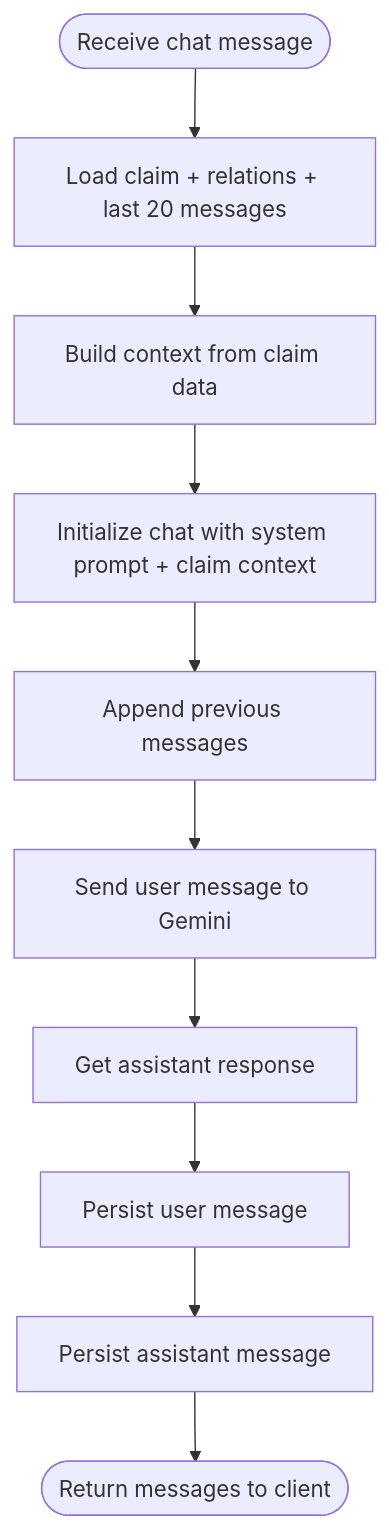
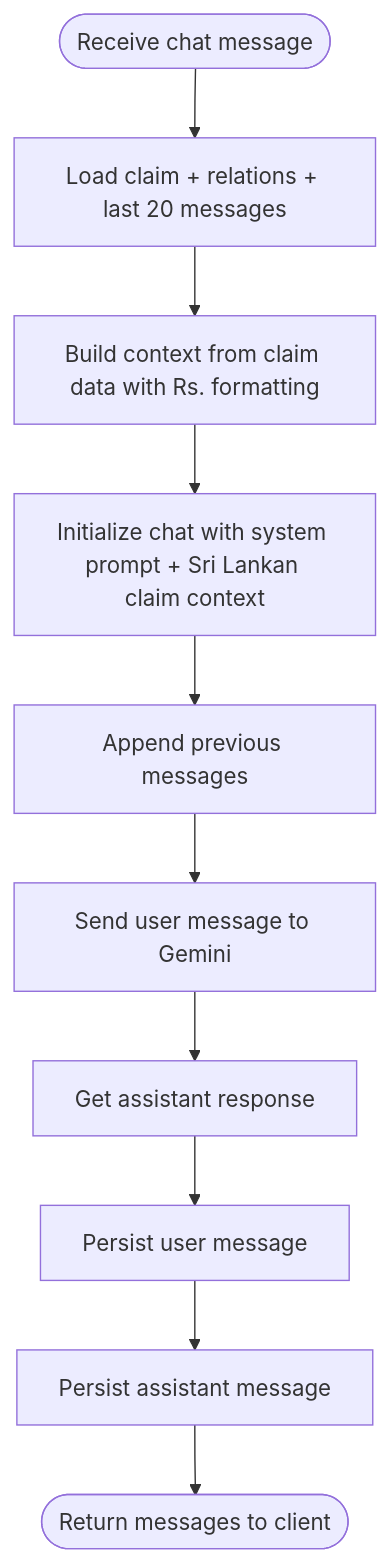
One commit to NaveenHiranya/Smart-Vehicle-Insurance-Claim-System changed the third of 6 diagrams in .qoder/repowiki/en/content/Backend Documentation/Business Logic & Services/Claim Assistant Service.md. Above: the diagram before and after it, drawn with Mermaid. The commit also changed other lines of this file and 9 other files, not shown here.

````diff
--- a/.qoder/repowiki/en/content/Backend Documentation/Business Logic & Services/Claim Assistant Service.md
+++ b/.qoder/repowiki/en/content/Backend Documentation/Business Logic & Services/Claim Assistant Service.md
@@ -116,12 +120,12 @@
 ```mermaid
 flowchart TD
 Start(["Receive chat message"]) --> LoadClaim["Load claim + relations + last 20 messages"]
-LoadClaim --> BuildContext["Build context from claim data"]
-BuildContext --> InitChat["Initialize chat with system prompt + claim context"]
+LoadClaim --> BuildContext["Build context from claim data with Rs. formatting"]
+BuildContext --> InitChat["Initialize chat with system prompt + Sri Lankan claim context"]
 InitChat --> AppendHistory["Append previous messages"]
 AppendHistory --> SendToLLM["Send user message to Gemini"]
 SendToLLM --> GetResponse["Get assistant response"]
 GetResponse --> PersistUser["Persist user message"]
 PersistUser --> PersistAssistant["Persist assistant message"]
 PersistAssistant --> Return(["Return messages to client"])
 ```
````
